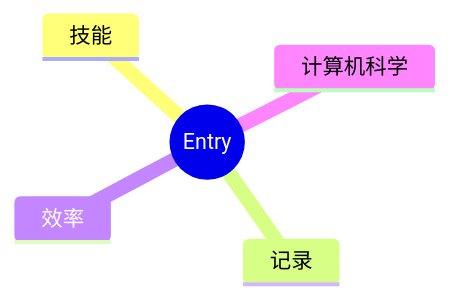
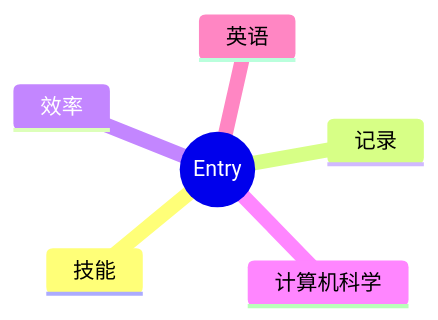
The diagram in notes/entry.md (superupon/knowledge_zh), drawn with Mermaid before and after one commit. The commit also changed other lines of this file and 2 other files, not shown here.

Commit message:
[note] add new entry for english

````diff
--- a/notes/entry.md
+++ b/notes/entry.md
@@ -10,8 +11,9 @@
 ```mermaid
 mindmap
 root((Entry))
   技能
   记录
   效率
   计算机科学
+  英语
 ```
````
